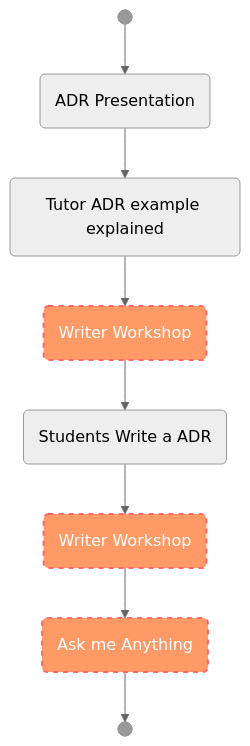
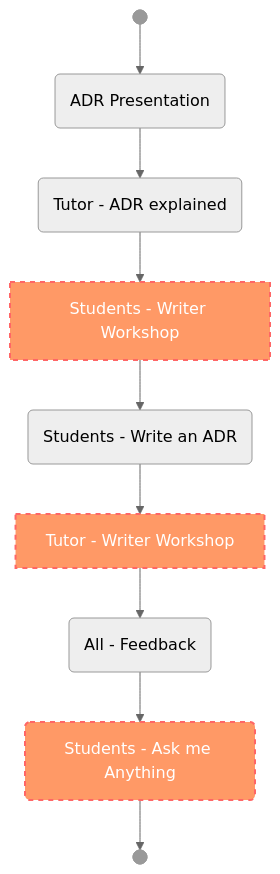
The first of 3 diagrams in presentations/introduction/adr-introduction.md (rossbachp/DeciCollab), drawn with Mermaid (neutral theme) before and after one commit. The commit also changed other lines of this file and 5 other files, not shown here.

````diff
--- a/presentations/introduction/adr-introduction.md
+++ b/presentations/introduction/adr-introduction.md
@@ -45,15 +45,16 @@
 ```mermaid +render
 flowchart TD
 
-A1@{ shape: f-circ, label: "Start" } --> A2(ADR Presentation)
-A2 --> A3(Tutor ADR example explained)
-A3 --> A4(Writer Workshop)
-A4 --> A5(Students Write a ADR)
-A5 --> A6(Writer Workshop)
-A6 --> A7(Ask me Anything)
-A7 --> A8@{ shape: f-circ, label: "END" }
+A1@{ shape: f-circ, label: "START" } --> A2(ADR Presentation)
+A2 --> A3(Tutor - ADR explained)
+A3 --> A4[Students - Writer Workshop]
+A4 --> A5(Students - Write an ADR)
+A5 --> A6[Tutor - Writer Workshop]
+A6 --> A7(All - Feedback)
+A7 --> A8(Students - Ask me Anything)
+A8 --> A9@{ shape: f-circ, label: "END" }
 
 
 classDef state fill:#f96,stroke:#f66,stroke-width:2px,color:#fff,stroke-dasharray: 5 5
-class A4,A6,A7 state;
+class A4,A6,A8 state;
 ```
````
